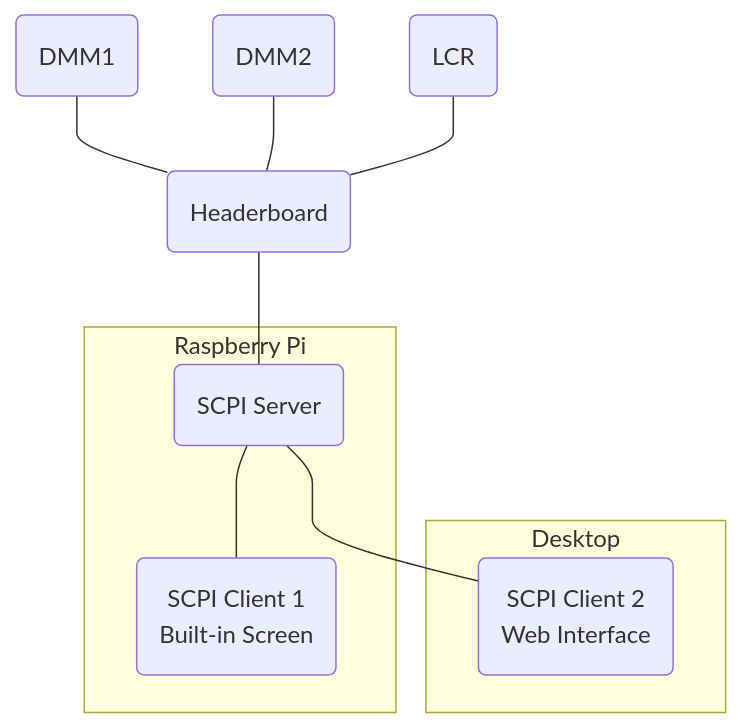
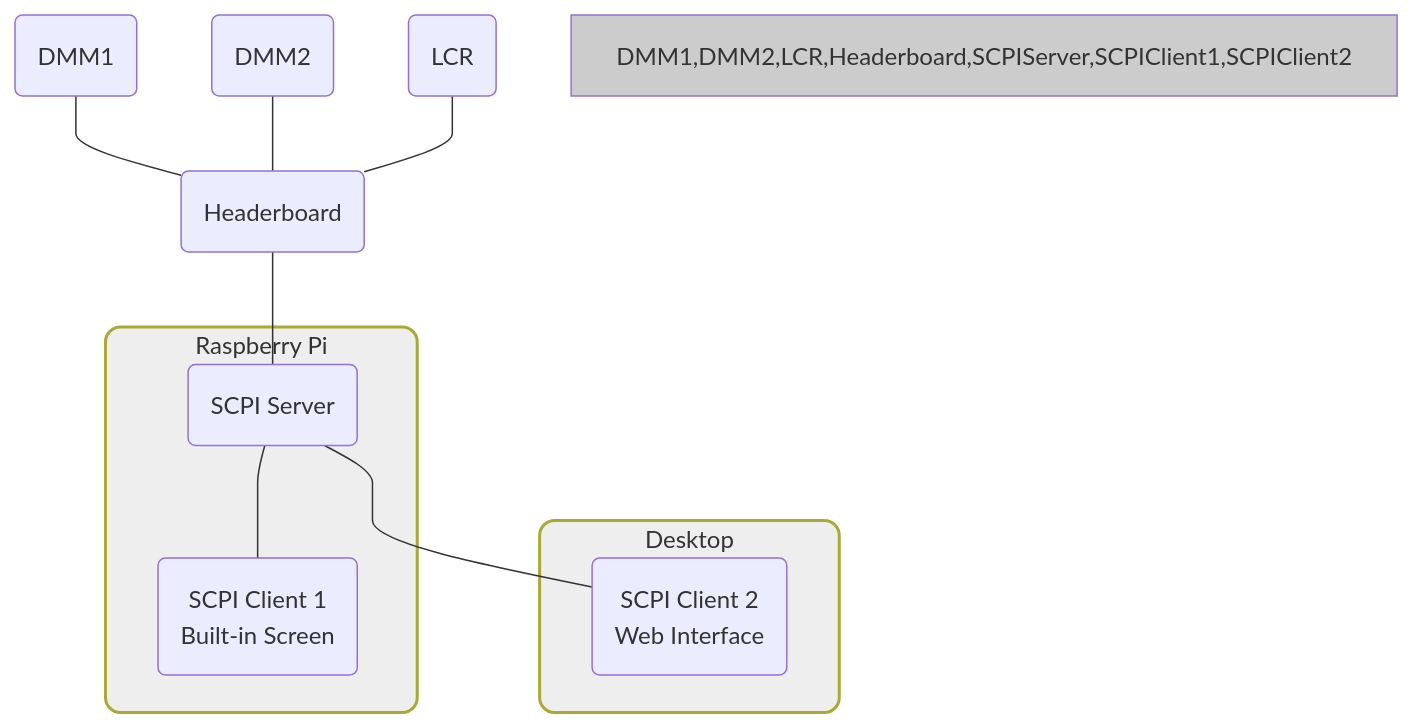
Before and after one commit to Christopher-Tan/SCPIProject: the diagram in README.md, drawn with Mermaid.

````diff
--- a/README.md
+++ b/README.md
@@ -5,19 +5,27 @@
 ```mermaid
 %%{ init: { "flowchart": { "curve": "monotoneY" } } }%%
 graph TB
-DMM1(DMM1)
-DMM2(DMM2)
-LCR(LCR)
-Headerboard(Headerboard)
-DMM1 & DMM2 & LCR --- Headerboard
-subgraph Server[Raspberry Pi]
-    SCPIServer(SCPI Server)
-    SCPIClient1(SCPI Client 1<br>Built-in Screen)
-end
-subgraph Client[Desktop]
-    SCPIClient2(SCPI Client 2<br>Web Interface)
-end
-SCPIServer --- SCPIClient1
-SCPIServer --- SCPIClient2
-Headerboard --- SCPIServer
+    DMM1(DMM1)
+    DMM2(DMM2)
+    LCR(LCR)
+    Headerboard(Headerboard)
+    DMM1 & DMM2 & LCR --- Headerboard
+
+    subgraph Server[Raspberry Pi]
+        SCPIServer(SCPI Server)
+        SCPIClient1(SCPI Client 1<br>Built-in Screen)
+    end
+
+    subgraph Client[Desktop]
+        SCPIClient2(SCPI Client 2<br>Web Interface)
+    end
+
+    SCPIServer --- SCPIClient1
+    SCPIServer --- SCPIClient2
+    Headerboard --- SCPIServer
+
+    %% Styling Directives %%
+    style DMM1,DMM2,LCR,Headerboard,SCPIServer,SCPIClient1,SCPIClient2 fill:#cccccc
+    style Server fill:#eeeeee,stroke-width:2px,rx:10,ry:10
+    style Client fill:#eeeeee,stroke-width:2px,rx:10,ry:10
 ```
````
